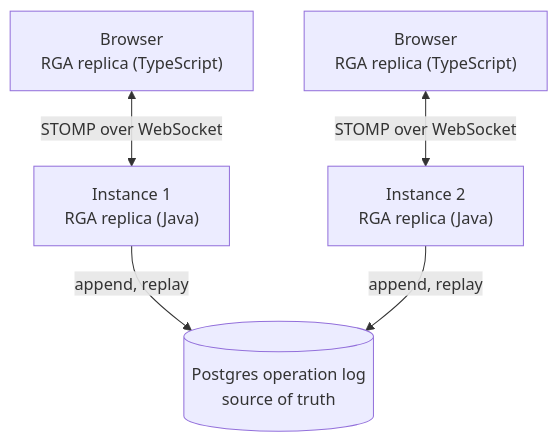
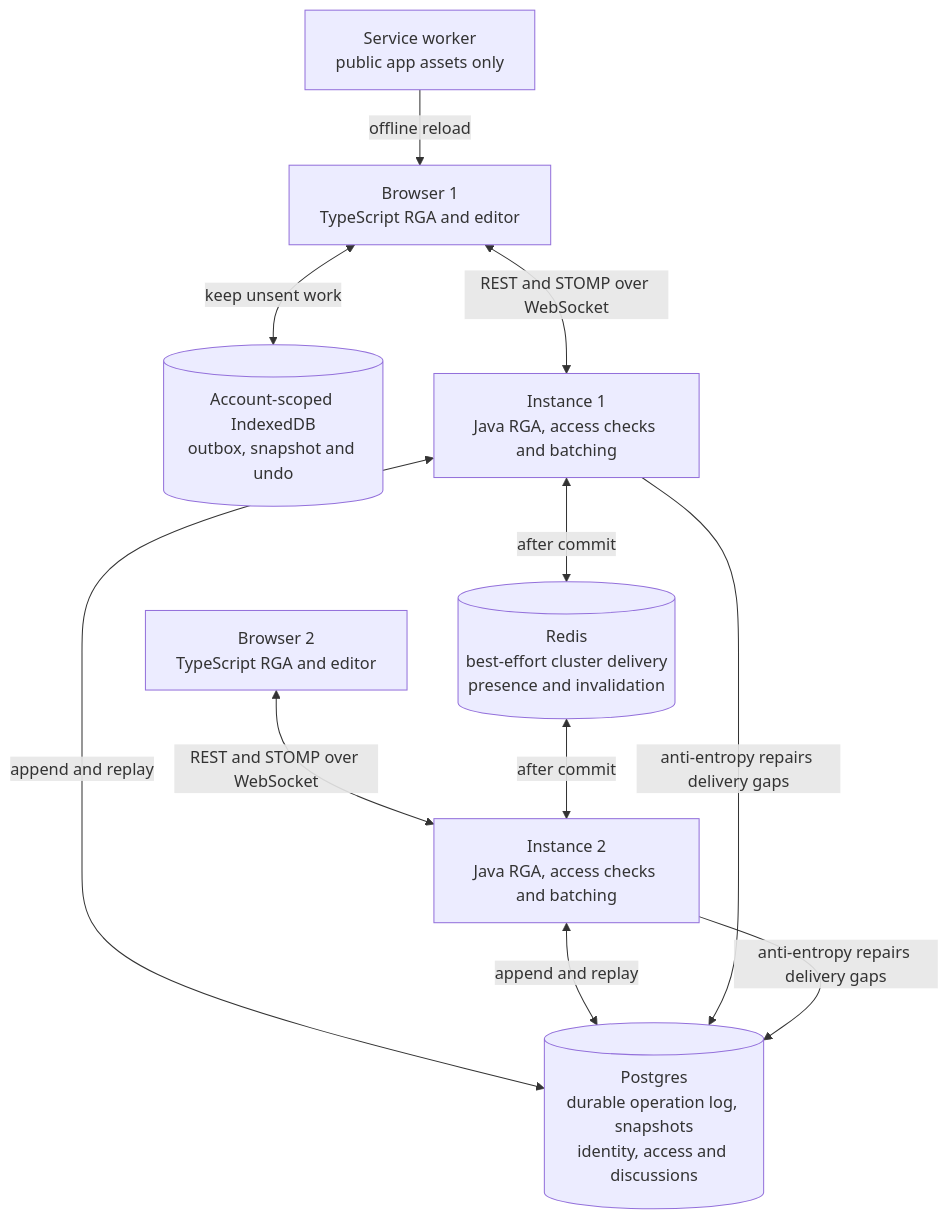
One commit to mblaszczykowski/Collaborative-Document-Editor changed the diagram in docs/diagrams/architecture.mmd. Above: the diagram before and after it, drawn with Mermaid. The commit also changed 132 other files, not shown here.

```diff
--- a/docs/diagrams/architecture.mmd
+++ b/docs/diagrams/architecture.mmd
@@ -1,11 +1,20 @@
-graph TB
-    C1["Browser<br/>RGA replica (TypeScript)"]
-    C2["Browser<br/>RGA replica (TypeScript)"]
-    S1["Instance 1<br/>RGA replica (Java)"]
-    S2["Instance 2<br/>RGA replica (Java)"]
-    DB[("Postgres operation log<br/>source of truth")]
+flowchart TB
+    C1["Browser 1<br/>TypeScript RGA and editor"]
+    C2["Browser 2<br/>TypeScript RGA and editor"]
+    L1[("Account-scoped IndexedDB<br/>outbox, snapshot and undo")]
+    SW["Service worker<br/>public app assets only"]
+    S1["Instance 1<br/>Java RGA, access checks and batching"]
+    S2["Instance 2<br/>Java RGA, access checks and batching"]
+    DB[("Postgres<br/>durable operation log, snapshots<br/>identity, access and discussions")]
+    R[("Redis<br/>best-effort cluster delivery<br/>presence and invalidation")]
 
-    C1 <-->|STOMP over WebSocket| S1
-    C2 <-->|STOMP over WebSocket| S2
-    S1 -->|append, replay| DB
-    S2 -->|append, replay| DB
+    C1 <-->|REST and STOMP over WebSocket| S1
+    C2 <-->|REST and STOMP over WebSocket| S2
+    C1 <-->|keep unsent work| L1
+    SW -->|offline reload| C1
+    S1 <-->|append and replay| DB
+    S2 <-->|append and replay| DB
+    S1 <-->|after commit| R
+    R <-->|after commit| S2
+    S1 -->|anti-entropy repairs delivery gaps| DB
+    S2 -->|anti-entropy repairs delivery gaps| DB
```
